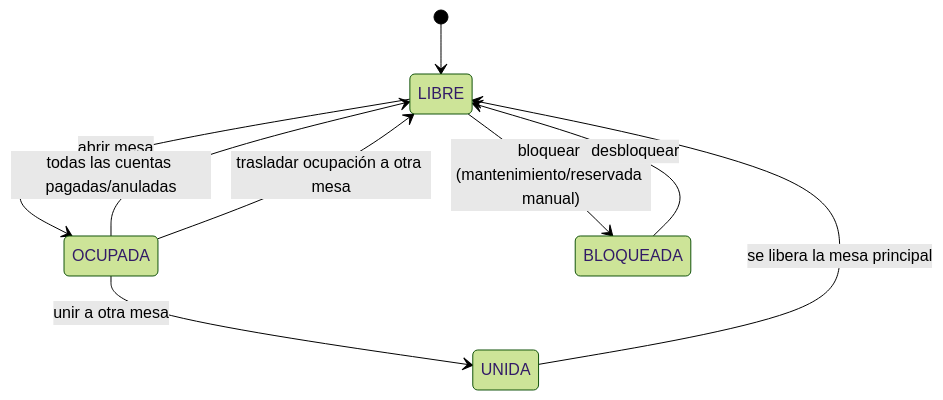
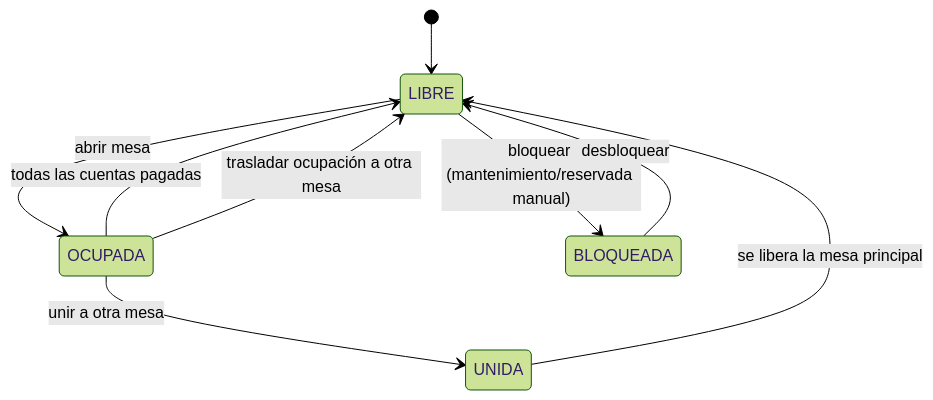
One commit to PabloReyes1/mise-by-rengo changed the third of 10 diagrams in Docs/05-flujos-y-estados.md. Above: the diagram before and after it, drawn with Mermaid (forest theme). The commit also changed other lines of this file and 103 other files, not shown here.

````diff
--- a/Docs/05-flujos-y-estados.md
+++ b/Docs/05-flujos-y-estados.md
@@ -194,11 +197,11 @@
 ```mermaid
 stateDiagram-v2
     [*] --> LIBRE
     LIBRE --> OCUPADA: abrir mesa
     OCUPADA --> UNIDA: unir a otra mesa
     UNIDA --> LIBRE: se libera la mesa principal
-    OCUPADA --> LIBRE: todas las cuentas pagadas/anuladas
+    OCUPADA --> LIBRE: todas las cuentas pagadas
     OCUPADA --> LIBRE: trasladar ocupación a otra mesa
     LIBRE --> BLOQUEADA: bloquear (mantenimiento/reservada manual)
     BLOQUEADA --> LIBRE: desbloquear
 ```
````
